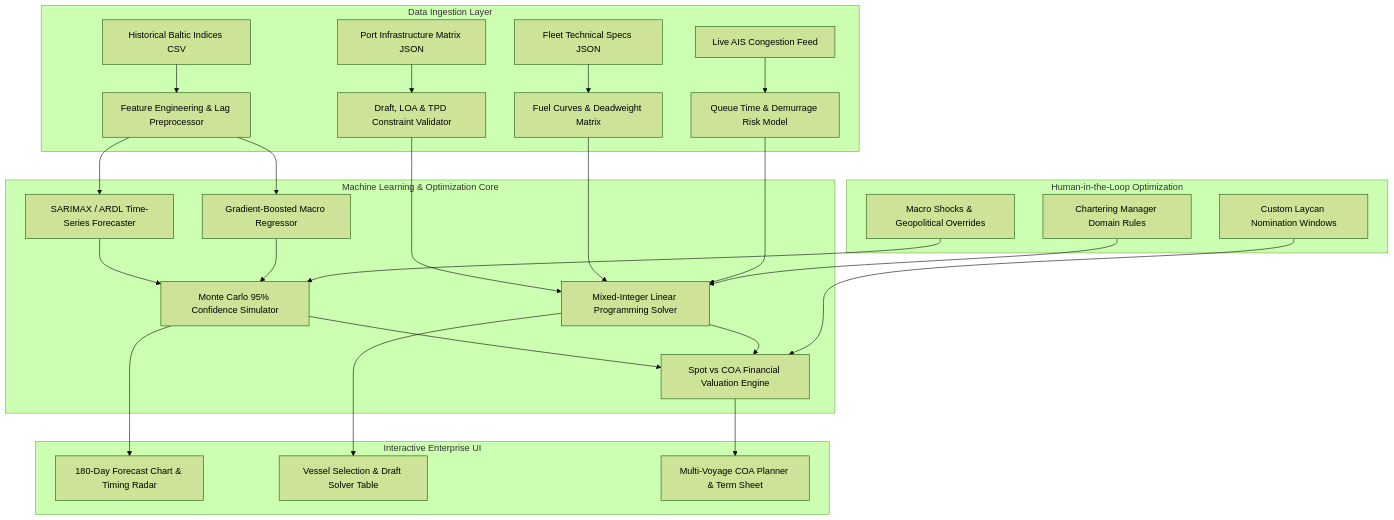
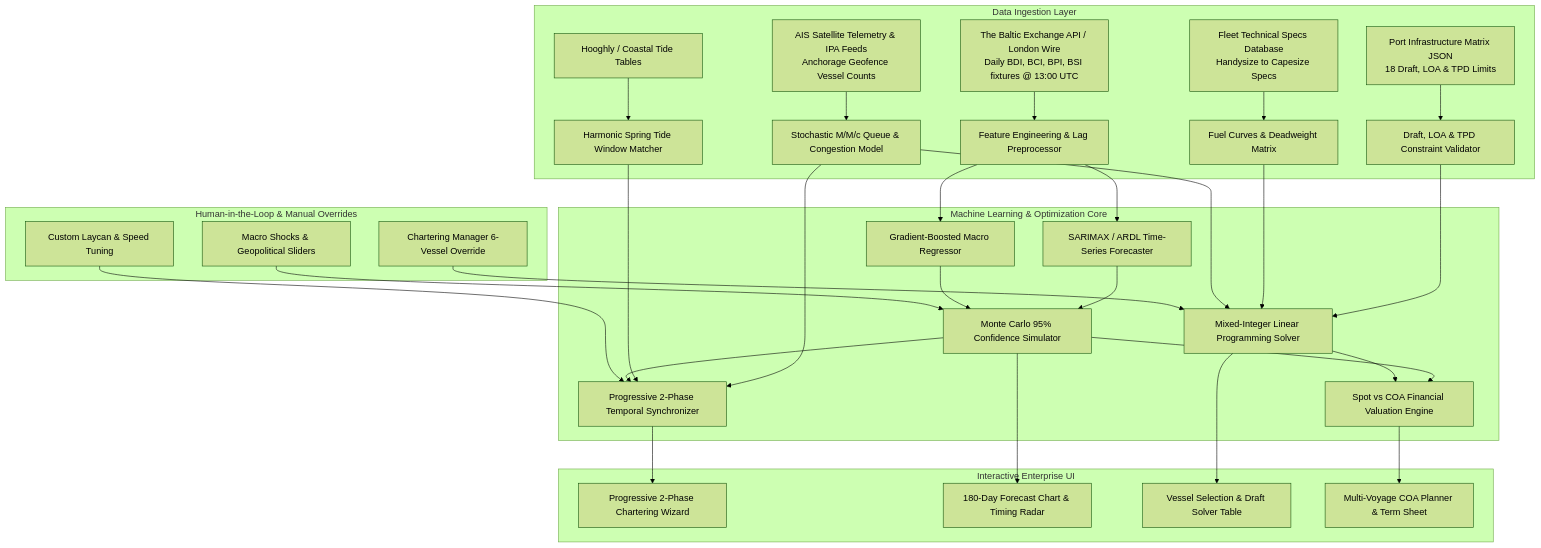
Before and after one commit to 24f2002727/Vedha-Logistics: the diagram in ml/README.md, drawn with Mermaid (forest theme). The commit also changed other lines of this file and 4 other files, not shown here.

Commit message:
feat: implement progressive 2-phase chartering wizard & update documentation

````diff
--- a/ml/README.md
+++ b/ml/README.md
@@ -9,30 +9,33 @@
 ```mermaid
 graph TD
     subgraph A[Data Ingestion Layer]
-        D1[Historical Baltic Indices CSV] --> P1[Feature Engineering & Lag Preprocessor]
-        D2[Port Infrastructure Matrix JSON] --> P2[Draft, LOA & TPD Constraint Validator]
-        D3[Fleet Technical Specs JSON] --> P3[Fuel Curves & Deadweight Matrix]
-        D4[Live AIS Congestion Feed] --> P4[Queue Time & Demurrage Risk Model]
+        D1[The Baltic Exchange API / London Wire<br/>Daily BDI, BCI, BPI, BSI fixtures @ 13:00 UTC] --> P1[Feature Engineering & Lag Preprocessor]
+        D2[Port Infrastructure Matrix JSON<br/>18 Draft, LOA & TPD Limits] --> P2[Draft, LOA & TPD Constraint Validator]
+        D3[Fleet Technical Specs Database<br/>Handysize to Capesize Specs] --> P3[Fuel Curves & Deadweight Matrix]
+        D4[AIS Satellite Telemetry & IPA Feeds<br/>Anchorage Geofence Vessel Counts] --> P4[Stochastic M/M/c Queue & Congestion Model]
+        D5[Hooghly / Coastal Tide Tables] --> P5[Harmonic Spring Tide Window Matcher]
     end
 
     subgraph B[Machine Learning & Optimization Core]
         P1 --> ML1[SARIMAX / ARDL Time-Series Forecaster]
         P1 --> ML2[Gradient-Boosted Macro Regressor]
         ML1 & ML2 --> ML3[Monte Carlo 95% Confidence Simulator]
         
         P2 & P3 & P4 --> OP1[Mixed-Integer Linear Programming Solver]
         ML3 & OP1 --> OP2[Spot vs COA Financial Valuation Engine]
+        P4 & P5 & ML3 --> OP3[Progressive 2-Phase Temporal Synchronizer]
     end
 
-    subgraph C[Human-in-the-Loop Optimization]
-        H1[Chartering Manager Domain Rules] --> OP1
-        H2[Macro Shocks & Geopolitical Overrides] --> ML3
-        H3[Custom Laycan Nomination Windows] --> OP2
+    subgraph C[Human-in-the-Loop & Manual Overrides]
+        H1[Chartering Manager 6-Vessel Override] --> OP1
+        H2[Macro Shocks & Geopolitical Sliders] --> ML3
+        H3[Custom Laycan & Speed Tuning] --> OP3
     end
 
     subgraph D[Interactive Enterprise UI]
-        ML3 --> UI1[180-Day Forecast Chart & Timing Radar]
-        OP1 --> UI2[Vessel Selection & Draft Solver Table]
-        OP2 --> UI3[Multi-Voyage COA Planner & Term Sheet]
+        OP3 --> UI1[Progressive 2-Phase Chartering Wizard]
+        ML3 --> UI2[180-Day Forecast Chart & Timing Radar]
+        OP1 --> UI3[Vessel Selection & Draft Solver Table]
+        OP2 --> UI4[Multi-Voyage COA Planner & Term Sheet]
     end
 ```
````
